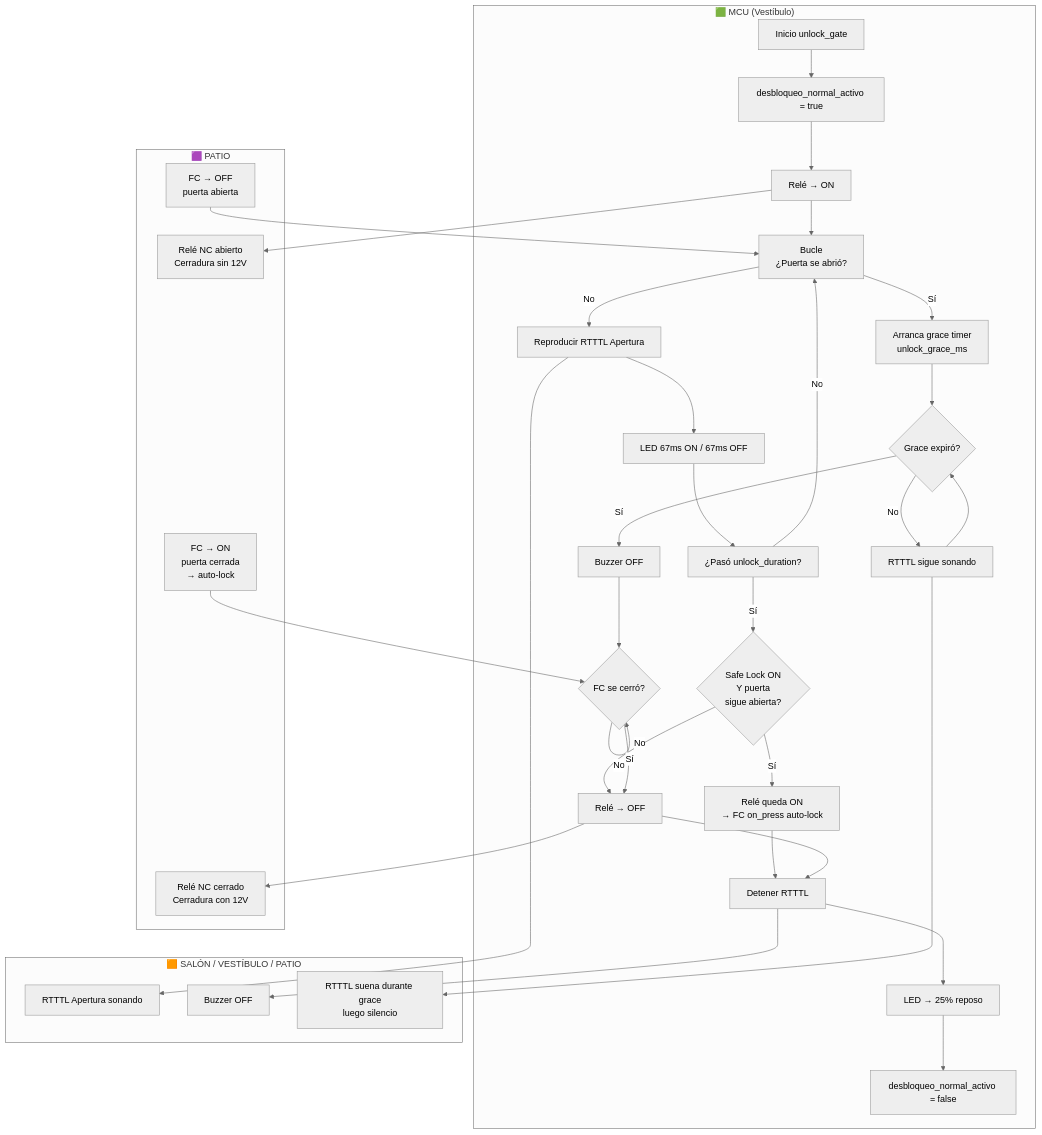
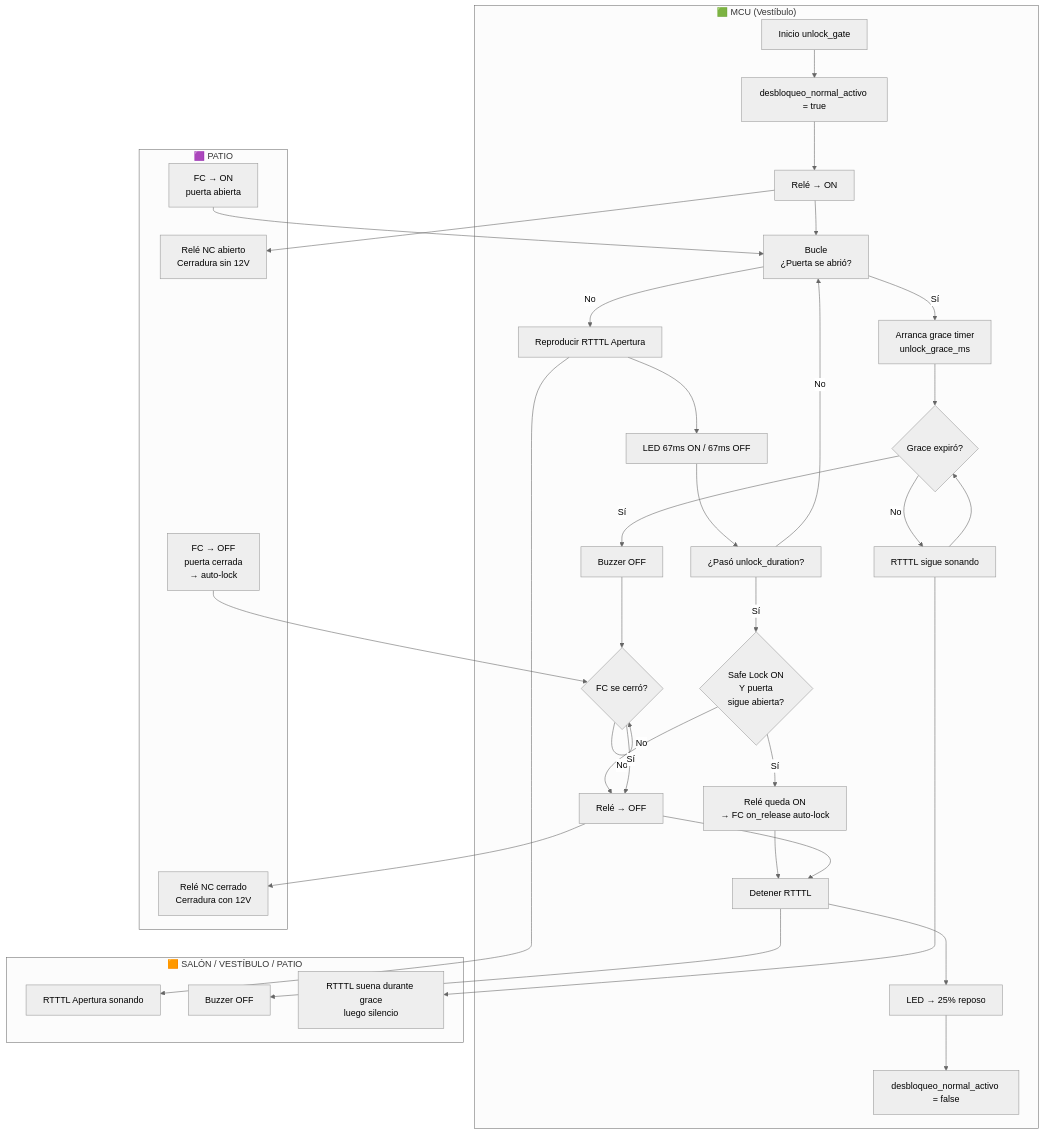
Before and after one commit to abelbour/Abrepuertas: the tenth of 11 diagrams in README.md, drawn with Mermaid (neutral theme). The commit also changed other lines of this file and 1 other file, not shown here.

Commit message:
Fix FC lógica: ON=abierta OFF=cerrada. YAML + swimlanes corregidos. §4.5 buzzer: señal 3.3V no 12V.

````diff
--- a/README.md
+++ b/README.md
@@ -667,51 +667,51 @@
 ```mermaid
 flowchart TD
     subgraph MCU["🟩 MCU (Vestíbulo)"]
         START[Inicio unlock_gate]
         START --> FLAG[desbloqueo_normal_activo = true]
         FLAG --> RELAY_ON[Relé → ON]
         RELAY_ON --> LOOP["Bucle<br/>¿Puerta se abrió?"]
         LOOP -- No --> RTTTL[Reproducir RTTTL Apertura]
         RTTTL --> LEDSEQ[LED 67ms ON / 67ms OFF]
         LEDSEQ --> CHK_TIMEOUT["¿Pasó unlock_duration?"]
         CHK_TIMEOUT -- No --> LOOP
         CHK_TIMEOUT -- Sí --> TOUT{"Safe Lock ON<br/>Y puerta<br/>sigue abierta?"}
-        TOUT -- Sí --> HOLD[Relé queda ON<br/>→ FC on_press auto-lock]
+        TOUT -- Sí --> HOLD[Relé queda ON<br/>→ FC on_release auto-lock]
         TOUT -- No --> LOCK[Relé → OFF]
 
         LOOP -- Sí --> GRACE[Arranca grace timer<br/>unlock_grace_ms]
         GRACE --> GRACE_LOOP{"Grace expiró?"}
         GRACE_LOOP -- No --> KEEP_MELO[RTTTL sigue sonando]
         KEEP_MELO --> GRACE_LOOP
         GRACE_LOOP -- Sí --> SILENCE[Buzzer OFF]
         SILENCE --> WAIT_CLOSE{"FC se cerró?"}
         WAIT_CLOSE -- No --> WAIT_CLOSE
         WAIT_CLOSE -- Sí --> LOCK
 
         HOLD --> STOP[Detener RTTTL]
         LOCK --> STOP
         STOP --> LEDREPO[LED → 25% reposo]
         LEDREPO --> UNFLAG[desbloqueo_normal_activo = false]
     end
 
     subgraph LOCK_P["🟪 PATIO"]
         RELE[Relé NC abierto<br/>Cerradura sin 12V]
         RELE2[Relé NC cerrado<br/>Cerradura con 12V]
-        ABRE[FC → OFF<br/>puerta abierta]
-        CIERRA[FC → ON<br/>puerta cerrada<br/>→ auto-lock]
+        ABRE[FC → ON<br/>puerta abierta]
+        CIERRA[FC → OFF<br/>puerta cerrada<br/>→ auto-lock]
     end
 
     subgraph PAN["🟧 SALÓN / VESTÍBULO / PATIO"]
         BEEP[RTTTL Apertura sonando]
         SILENCIO[Buzzer OFF]
         GRACE_SOUND[RTTTL suena durante grace<br/>luego silencio]
     end
 
     RELAY_ON --> RELE
     LOCK --> RELE2
     ABRE --> LOOP
     CIERRA --> WAIT_CLOSE
     RTTTL --> BEEP
     KEEP_MELO --> GRACE_SOUND
     STOP --> SILENCIO
 ```
````
